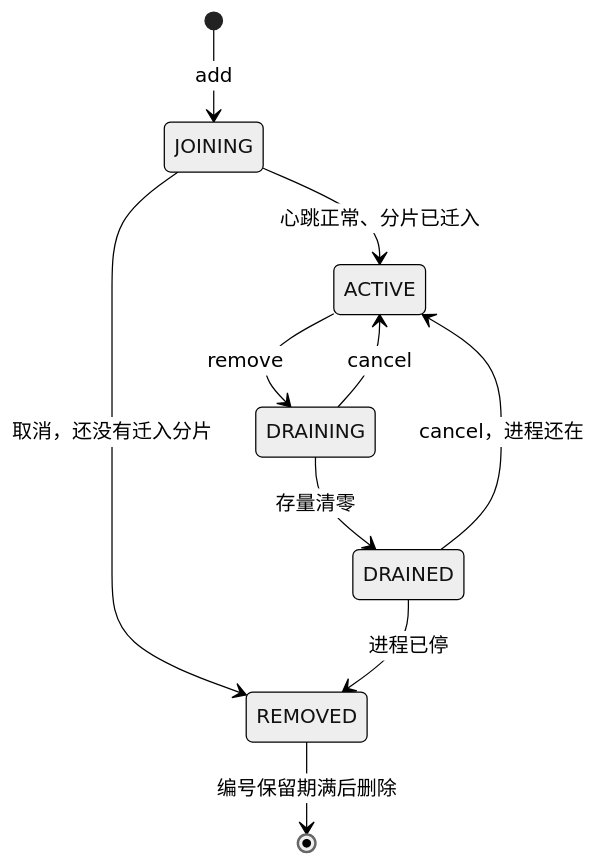
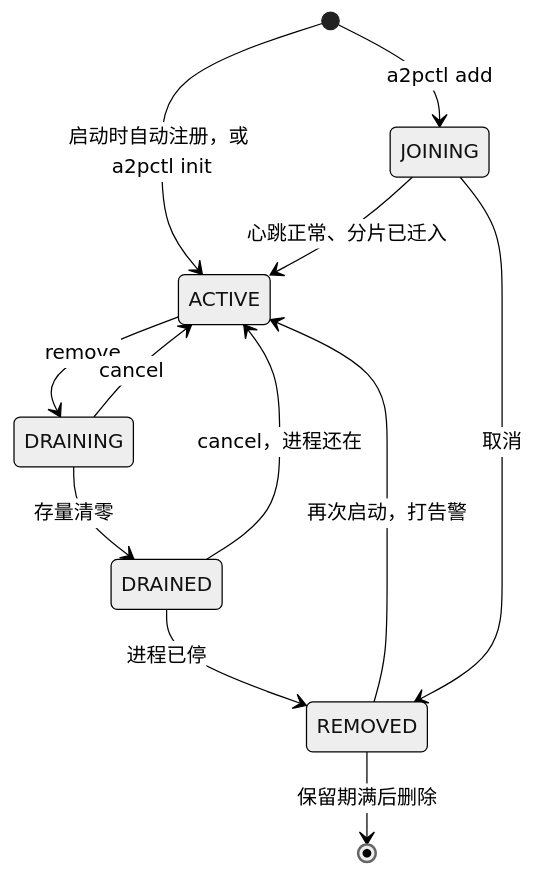
One commit to myq3636/cxsms changed the second of 2 diagrams in docs/模块动态扩缩容设计.md. Above: the diagram before and after it, drawn with Mermaid (neutral theme). The commit also changed other lines of this file and 1 other file, not shown here.

````diff
--- a/docs/模块动态扩缩容设计.md
+++ b/docs/模块动态扩缩容设计.md
@@ -274,12 +287,14 @@
 ```mermaid
 stateDiagram-v2
-  [*] --> JOINING: add
+  [*] --> ACTIVE: 启动时自动注册，或 a2pctl init
+  [*] --> JOINING: a2pctl add
   JOINING --> ACTIVE: 心跳正常、分片已迁入
-  JOINING --> REMOVED: 取消，还没有迁入分片
+  JOINING --> REMOVED: 取消
   ACTIVE --> DRAINING: remove
   DRAINING --> ACTIVE: cancel
   DRAINING --> DRAINED: 存量清零
+  DRAINED --> ACTIVE: cancel，进程还在
   DRAINED --> REMOVED: 进程已停
-  DRAINED --> ACTIVE: cancel，进程还在
-  REMOVED --> [*]: 编号保留期满后删除
+  REMOVED --> ACTIVE: 再次启动，打告警
+  REMOVED --> [*]: 保留期满后删除
 ```
````
